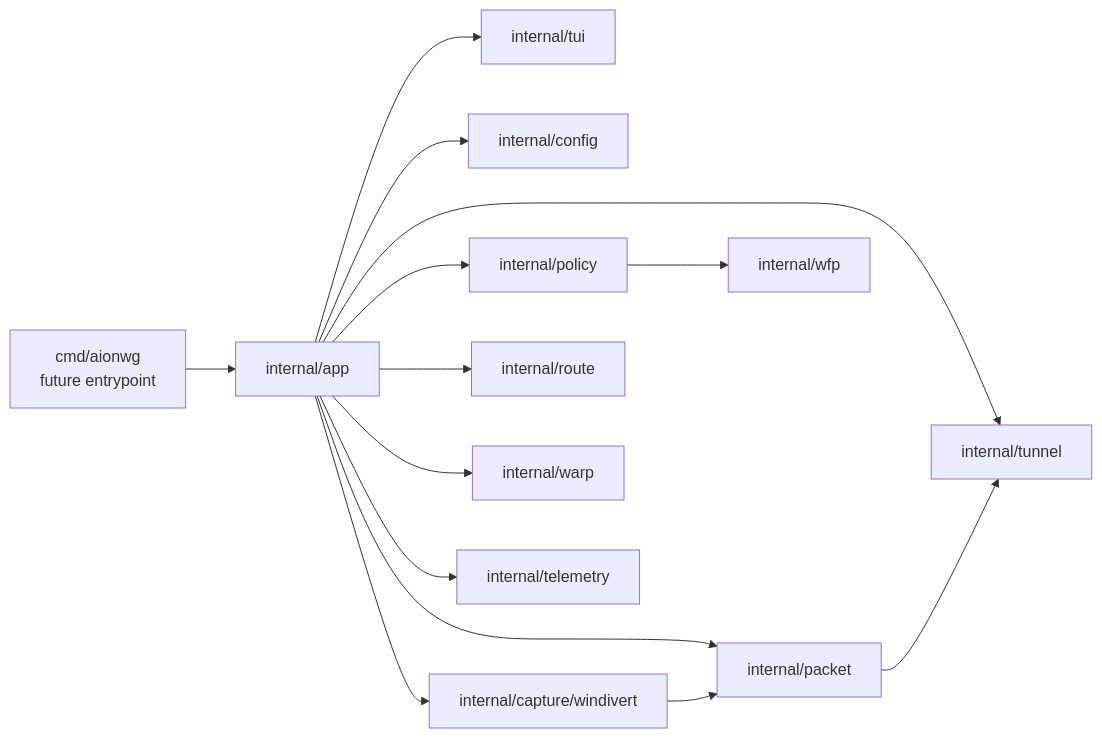
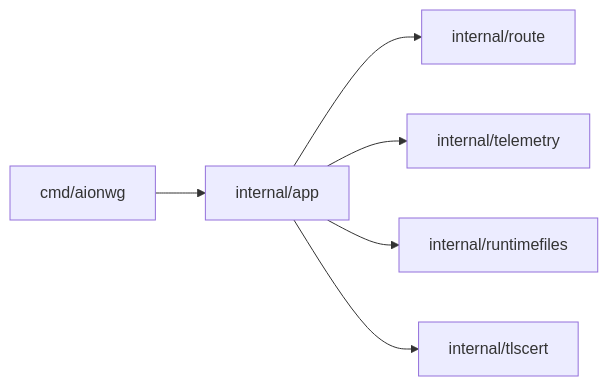
The second of 2 diagrams in docs/architecture/overview.md (wwwwelton/aionwg), drawn with Mermaid before and after one commit. The commit also changed other lines of this file and 10 other files, not shown here.

````diff
--- a/docs/architecture/overview.md
+++ b/docs/architecture/overview.md
@@ -26,16 +26,8 @@
 ```mermaid
 flowchart LR
-    CMD[cmd/aionwg\nfuture entrypoint] --> APP2[internal/app]
-    APP2 --> TUI2[internal/tui]
-    APP2 --> CONFIG[internal/config]
-    APP2 --> POLICY[internal/policy]
-    APP2 --> CAPTURE[internal/capture/windivert]
-    APP2 --> PACKET2[internal/packet]
-    APP2 --> TUNNEL[internal/tunnel]
+    CMD[cmd/aionwg] --> APP2[internal/app]
     APP2 --> ROUTE2[internal/route]
-    APP2 --> WARP[internal/warp]
     APP2 --> TELEMETRY[internal/telemetry]
-    CAPTURE --> PACKET2
-    PACKET2 --> TUNNEL
-    POLICY --> WFP2[internal/wfp]
+    APP2 --> RUNTIME[internal/runtimefiles]
+    APP2 --> CERT[internal/tlscert]
 ```
````
